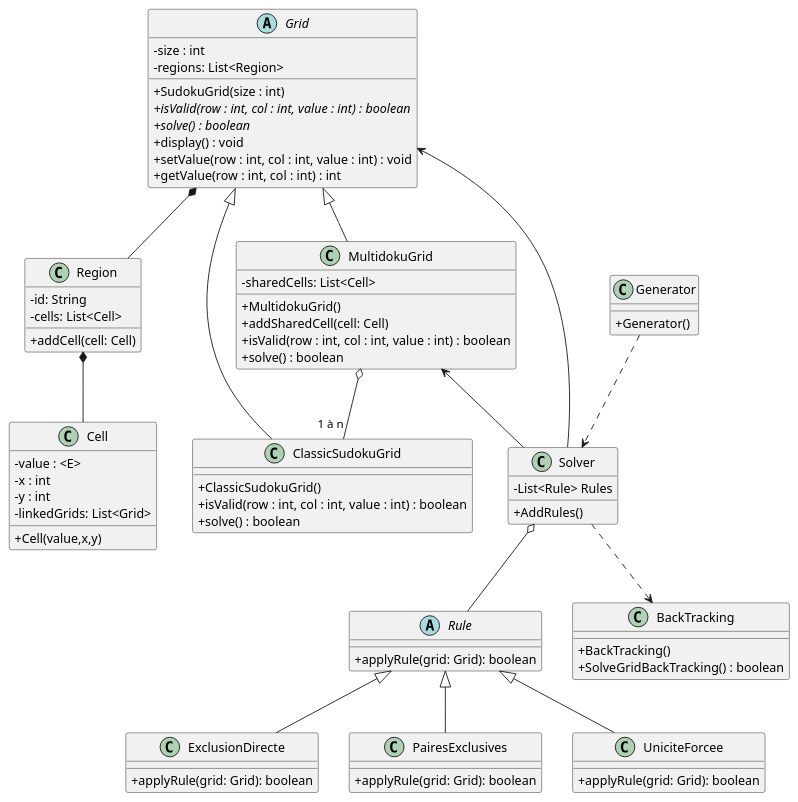
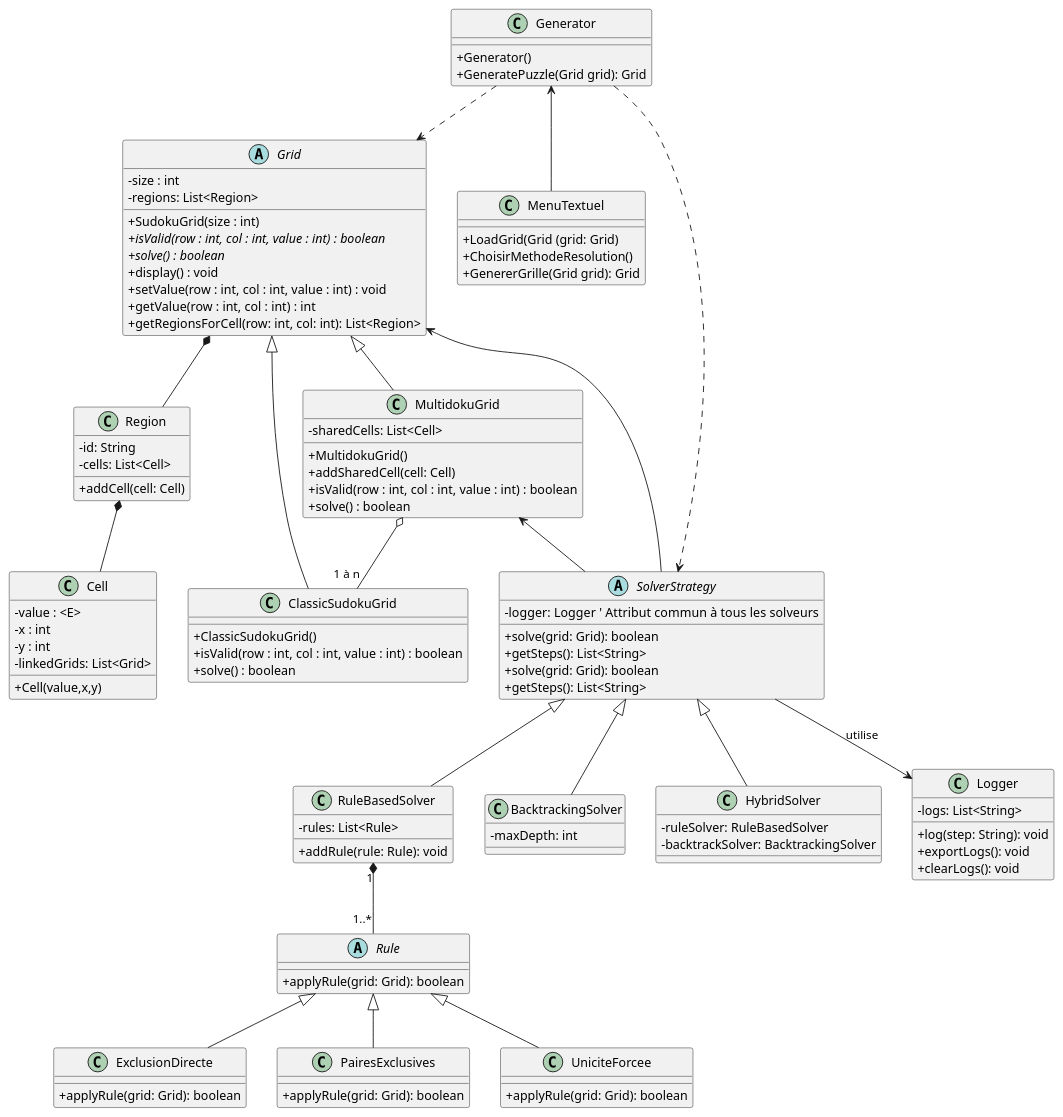
Before and after one commit to PolytechLyon/SudokuAPO: the diagram in ClassDiagram.puml, drawn with PlantUML.

Commit message:
diagramme 00h26

```diff
--- a/ClassDiagram.puml
+++ b/ClassDiagram.puml
@@ -1,84 +1,126 @@
 @startuml
 skinparam classAttributeIconSize 0
 'https://plantuml.com/class-diagram
 
 abstract class Grid{
     - size : int
-     - regions: List<Region>
-
+    - regions: List<Region>
     + SudokuGrid(size : int)
     + {abstract} isValid(row : int, col : int, value : int) : boolean
     + {abstract} solve() : boolean
     + display() : void
     + setValue(row : int, col : int, value : int) : void
     + getValue(row : int, col : int) : int
+    + getRegionsForCell(row: int, col: int): List<Region>
 }
 
 class Region {
     - id: String
     - cells: List<Cell>
     + addCell(cell: Cell)
 }
 
 class Cell {
     -value : <E>
     -x : int
     -y : int
     - linkedGrids: List<Grid>
     +Cell(value,x,y)
 }
 
 class ClassicSudokuGrid{
     + ClassicSudokuGrid()
     + isValid(row : int, col : int, value : int) : boolean
     + solve() : boolean
 }
 
 class MultidokuGrid{
     - sharedCells: List<Cell>
     + MultidokuGrid()
     + addSharedCell(cell: Cell)
     + isValid(row : int, col : int, value : int) : boolean
     + solve() : boolean
 }
 
-class Solver {
-    - List<Rule> Rules
-    + AddRules()
-}
-
 abstract class Rule {
     + applyRule(grid: Grid): boolean
 }
 class ExclusionDirecte extends Rule {
     + applyRule(grid: Grid): boolean
 }
 class PairesExclusives extends Rule {
     + applyRule(grid: Grid): boolean
 }
 class UniciteForcee extends Rule {
     + applyRule(grid: Grid): boolean
 }
 
 
 class Generator {
     + Generator()
+    +GeneratePuzzle(Grid grid): Grid
+}
+Generator ..> Grid
+
+class MenuTextuel {
+    +LoadGrid(Grid (grid: Grid)
+    +ChoisirMethodeResolution()
+    +GenererGrille(Grid grid): Grid
 }
 
-class BackTracking {
-    +BackTracking()
-    +SolveGridBackTracking() : boolean
+abstract class SolverStrategy {
+    + solve(grid: Grid): boolean
+    + getSteps(): List<String>
 }
+
+class RuleBasedSolver {
+    - rules: List<Rule>
+    + addRule(rule: Rule): void
+}
+
+class BacktrackingSolver {
+    - maxDepth: int
+}
+
+class HybridSolver {
+    - ruleSolver: RuleBasedSolver
+    - backtrackSolver: BacktrackingSolver
+}
+
+class Logger {
+    - logs: List<String>
+    + log(step: String): void
+    + exportLogs(): void
+    + clearLogs(): void
+}
+
+abstract class SolverStrategy {
+    - logger: Logger  ' Attribut commun à tous les solveurs
+    + solve(grid: Grid): boolean
+    + getSteps(): List<String>
+}
+
+SolverStrategy --> Logger : utilise
+
+Generator<--MenuTextuel
 
 Grid <|-- MultidokuGrid
 Grid <|-- ClassicSudokuGrid
+Grid *-- Region
+Grid <-- SolverStrategy
+
+Generator ..> SolverStrategy
+
+MultidokuGrid <-- SolverStrategy
 MultidokuGrid o-- "1 à n" ClassicSudokuGrid
-Generator ..> Solver
-Solver ..> BackTracking
-MultidokuGrid <-- Solver
-Grid <-- Solver
-Solver o-- Rule
+
 Region *-- Cell
-Grid *-- Region
+
+SolverStrategy <|-- RuleBasedSolver
+SolverStrategy <|-- HybridSolver
+SolverStrategy <|-- BacktrackingSolver
+RuleBasedSolver "1" *-- "1..*" Rule
+
+
 
 @enduml
```
